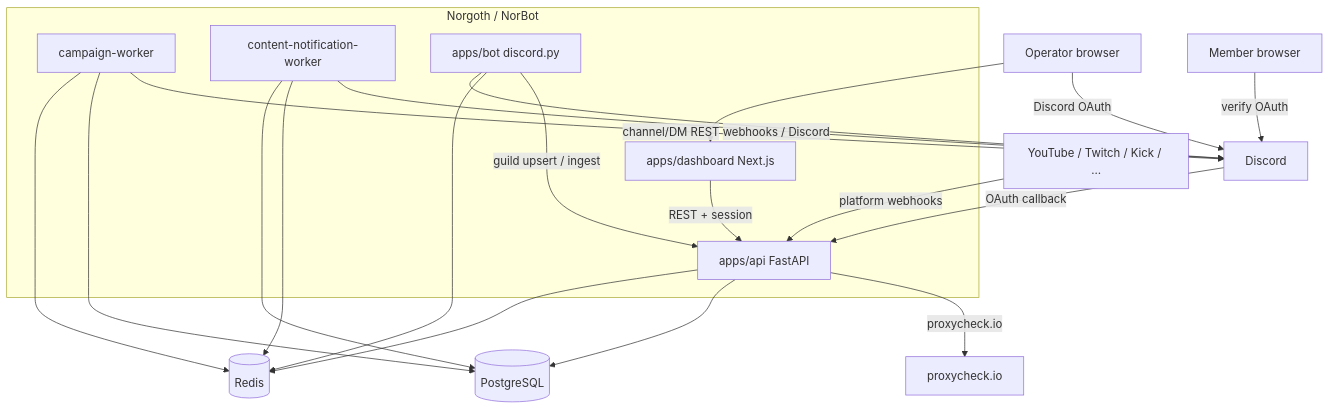
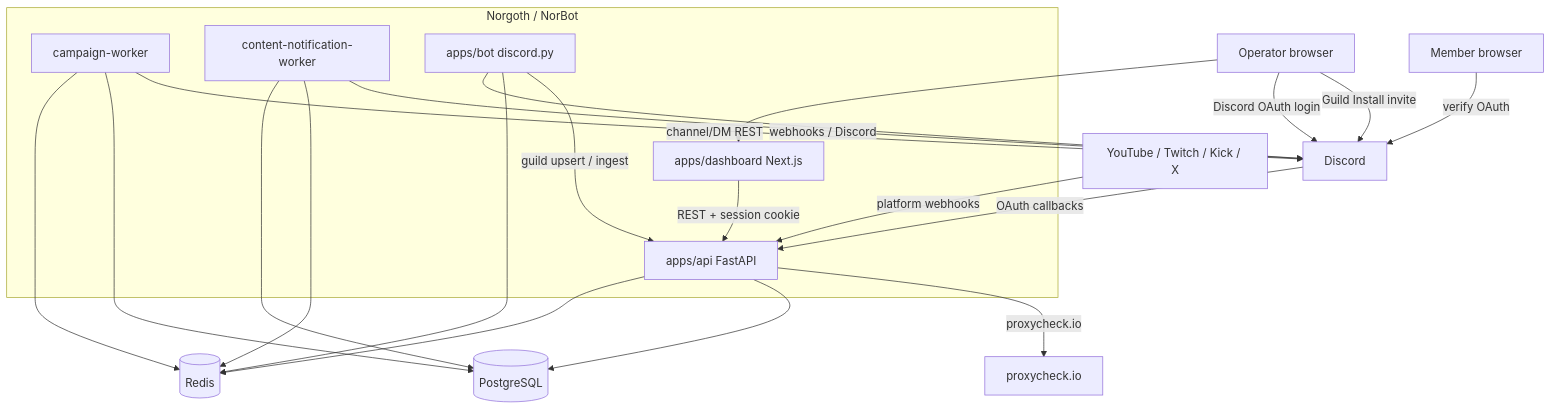
One commit to Vearonn55/norgoth-discord-bot changed the diagram in docs/arc42.md. Above: the diagram before and after it, drawn with Mermaid. The commit also changed other lines of this file and 70 other files, not shown here.

````diff
--- a/docs/arc42.md
+++ b/docs/arc42.md
@@ -89,28 +141,29 @@
 ```mermaid
 flowchart TB
   subgraph product [Norgoth / NorBot]
     Dash[apps/dashboard Next.js]
     API[apps/api FastAPI]
     CampW[campaign-worker]
     ContW[content-notification-worker]
     Bot[apps/bot discord.py]
   end
   Admin[Operator browser] --> Dash
-  Admin -->|Discord OAuth| Discord
-  Dash -->|REST + session| API
+  Admin -->|Discord OAuth login| Discord
+  Admin -->|Guild Install invite| Discord
+  Dash -->|REST + session cookie| API
   Member[Member browser] -->|verify OAuth| Discord
-  Discord -->|OAuth callback| API
+  Discord -->|OAuth callbacks| API
   Bot --> Discord
   Bot --> Redis[(Redis)]
   Bot -->|guild upsert / ingest| API
   API --> Redis
   API --> PG[(PostgreSQL)]
   CampW --> Redis
   CampW --> PG
   CampW -->|channel/DM REST| Discord
   ContW --> PG
   ContW --> Redis
   ContW -->|webhooks / Discord| Discord
-  Platforms[YouTube / Twitch / Kick / …] -->|platform webhooks| API
+  Platforms[YouTube / Twitch / Kick / X] -->|platform webhooks| API
   API -->|proxycheck.io| ProxyCheck[proxycheck.io]
 ```
````
